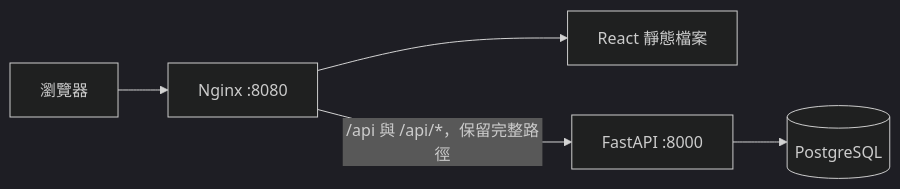
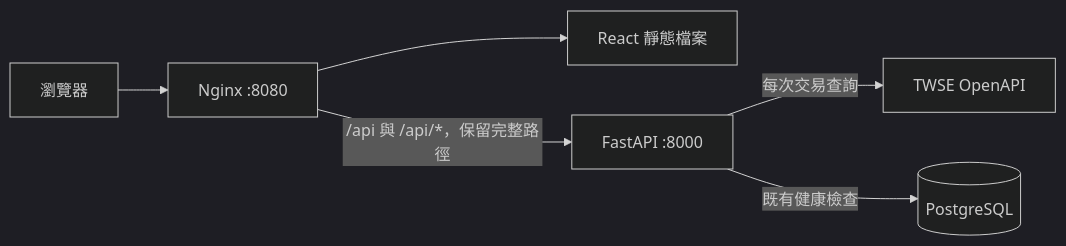
One commit to tw-stock-analysis/tw-stock-backend changed the diagram in README.md. Above: the diagram before and after it, drawn with Mermaid (dark theme). The commit also changed other lines of this file and 54 other files, not shown here.

````diff
--- a/README.md
+++ b/README.md
@@ -61,7 +54,8 @@
 ```mermaid
 flowchart LR
     Browser[瀏覽器] --> Nginx[Nginx :8080]
     Nginx --> Static[React 靜態檔案]
     Nginx -->|/api 與 /api/*，保留完整路徑| API[FastAPI :8000]
-    API --> DB[(PostgreSQL)]
+    API -->|每次交易查詢| TWSE[TWSE OpenAPI]
+    API -->|既有健康檢查| DB[(PostgreSQL)]
 ```
````
